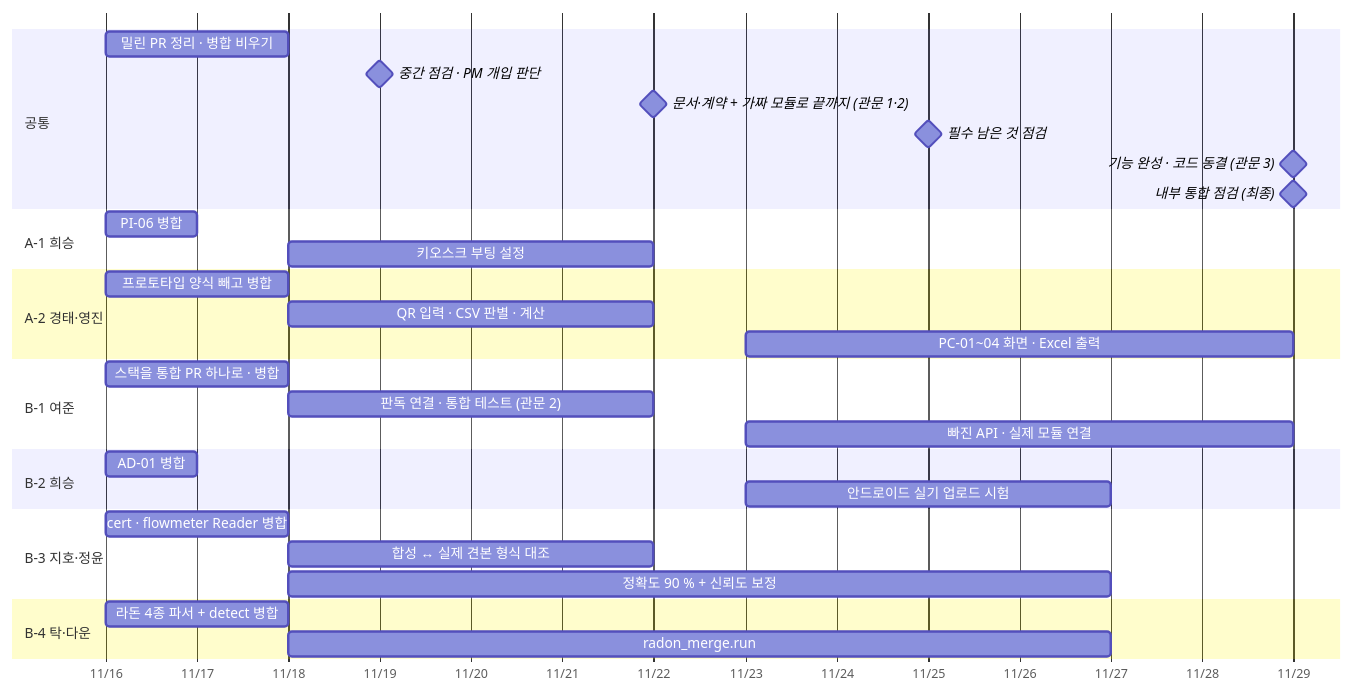
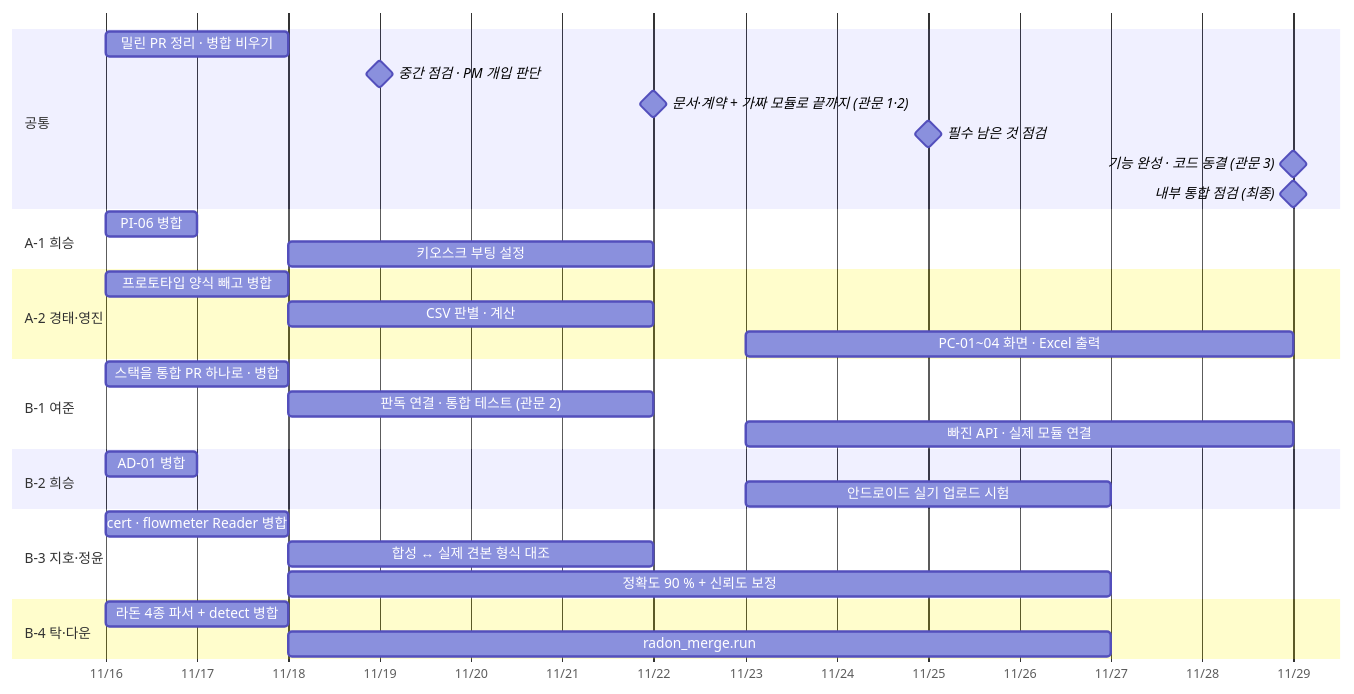
The diagram in docs/06-일정.md (YC-Dr-link/ktl-hub), drawn with Mermaid before and after one commit. The commit also changed other lines of this file and 4 other files, not shown here.

````diff
--- a/docs/06-일정.md
+++ b/docs/06-일정.md
@@ -28,33 +30,33 @@
 ```mermaid
 gantt
   dateFormat YYYY-MM-DD
   axisFormat %m/%d
   section 공통
   밀린 PR 정리 · 병합 비우기        :c1, 2026-11-16, 2026-11-18
   중간 점검 · PM 개입 판단          :milestone, mid, 2026-11-19, 0d
   문서·계약 + 가짜 모듈로 끝까지 (관문 1·2) :milestone, g2, 2026-11-22, 0d
   필수 남은 것 점검                 :milestone, mid2, 2026-11-25, 0d
   기능 완성 · 코드 동결 (관문 3)    :milestone, g3, 2026-11-29, 0d
   내부 통합 점검 (최종)             :milestone, g4, 2026-11-29, 0d
   section A-1 희승
   PI-06 병합                        :a1, 2026-11-16, 2026-11-17
   키오스크 부팅 설정                :a1b, 2026-11-18, 2026-11-22
   section A-2 경태·영진
   프로토타입 양식 빼고 병합         :a2, 2026-11-16, 2026-11-18
-  QR 입력 · CSV 판별 · 계산         :a2b, 2026-11-18, 2026-11-22
+  CSV 판별 · 계산                   :a2b, 2026-11-18, 2026-11-22
   PC-01~04 화면 · Excel 출력        :a2c, 2026-11-23, 2026-11-29
   section B-1 여준
   스택을 통합 PR 하나로 · 병합      :b1, 2026-11-16, 2026-11-18
   판독 연결 · 통합 테스트 (관문 2)  :b1b, 2026-11-18, 2026-11-22
   빠진 API · 실제 모듈 연결         :b1c, 2026-11-23, 2026-11-29
   section B-2 희승
   AD-01 병합                        :b2, 2026-11-16, 2026-11-17
   안드로이드 실기 업로드 시험       :b2b, 2026-11-23, 2026-11-27
   section B-3 지호·정윤
   cert · flowmeter Reader 병합      :b3, 2026-11-16, 2026-11-18
   합성 ↔ 실제 견본 형식 대조        :b3b, 2026-11-18, 2026-11-22
   정확도 90 % + 신뢰도 보정         :b3c, 2026-11-18, 2026-11-27
   section B-4 탁·다운
   라돈 4종 파서 + detect 병합       :b4, 2026-11-16, 2026-11-18
   radon_merge.run                   :b4b, 2026-11-18, 2026-11-27
 ```
````
